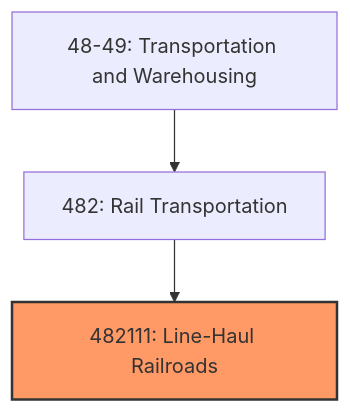
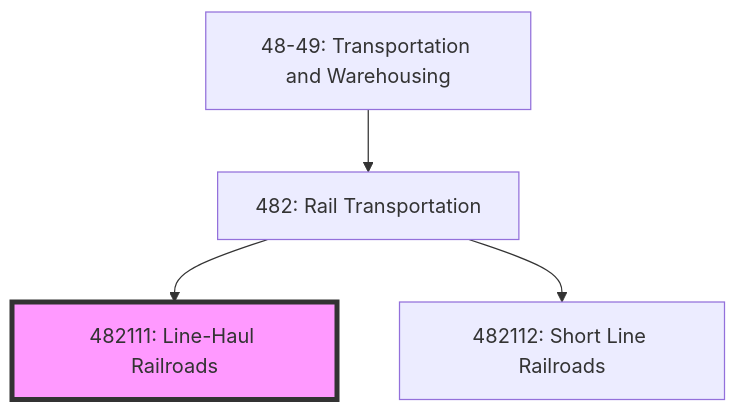
One commit to kziemski/business.org.ai changed the first of 4 diagrams in industries/TransportationAndWarehousing/RailTransportation/LinehaulRailroads.mdx. Above: the diagram before and after it, drawn with Mermaid. The commit also changed other lines of this file and 19 other files, not shown here.

First line of the commit message:
feat: enrich industry files and add sequence diagrams to processes

````diff
--- a/industries/TransportationAndWarehousing/RailTransportation/LinehaulRailroads.mdx
+++ b/industries/TransportationAndWarehousing/RailTransportation/LinehaulRailroads.mdx
@@ -22,7 +33,9 @@
 ```mermaid
 graph TD
-    S4849["48-49: Transportation and Warehousing"]
-    S4849 --> N482["482: Rail Transportation"]
-    N482 --> N482111["482111: Line-Haul Railroads"]
-    style N482111 fill:#f96,stroke:#333,stroke-width:2px
+    S["48-49: Transportation and Warehousing"]
+    S --> R482["482: Rail Transportation"]
+    R482 --> R482111["482111: Line-Haul Railroads"]
+    R482 --> R482112["482112: Short Line Railroads"]
+
+    style R482111 fill:#f9f,stroke:#333,stroke-width:4px
 ```
````
